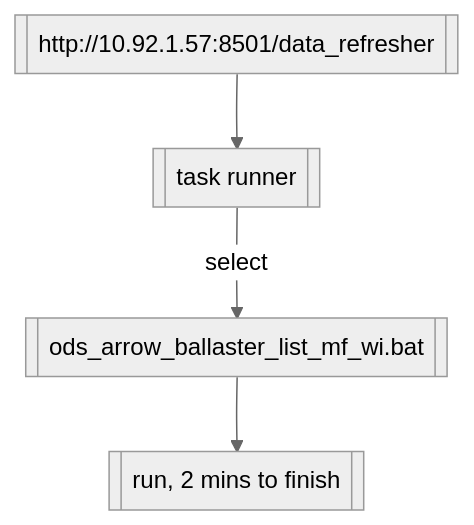
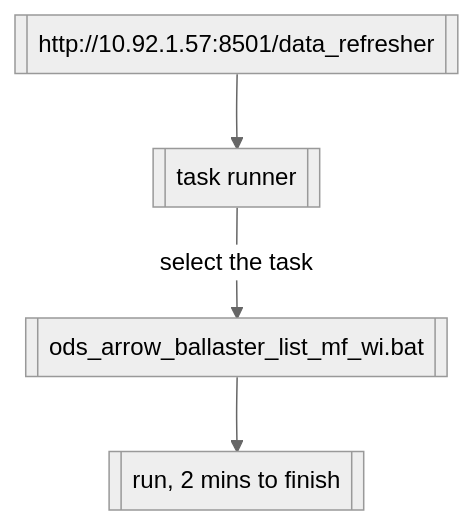
The diagram in notes/markdown/codes/bunge_freight_dashboard_ext develop manual.md (fyenne/tiny_scripts), drawn with Mermaid (neutral theme) before and after one commit. The commit also changed other lines of this file and 3 other files, not shown here.

````diff
--- a/notes/markdown/codes/bunge_freight_dashboard_ext develop manual.md
+++ b/notes/markdown/codes/bunge_freight_dashboard_ext develop manual.md
@@ -25,19 +25,19 @@
 ```mermaid
 
   
 
 flowchart TD
 
   
 A[[http://10.92.1.57:8501/data_refresher]]
 B[[task runner]]
 C[[ods_arrow_ballaster_list_mf_wi.bat]]
 D[[run, 2 mins to finish]]
 A --> B
-B --select--> C --> D
+B --select the task--> C --> D
  
 
   
   
 
 ```
````
